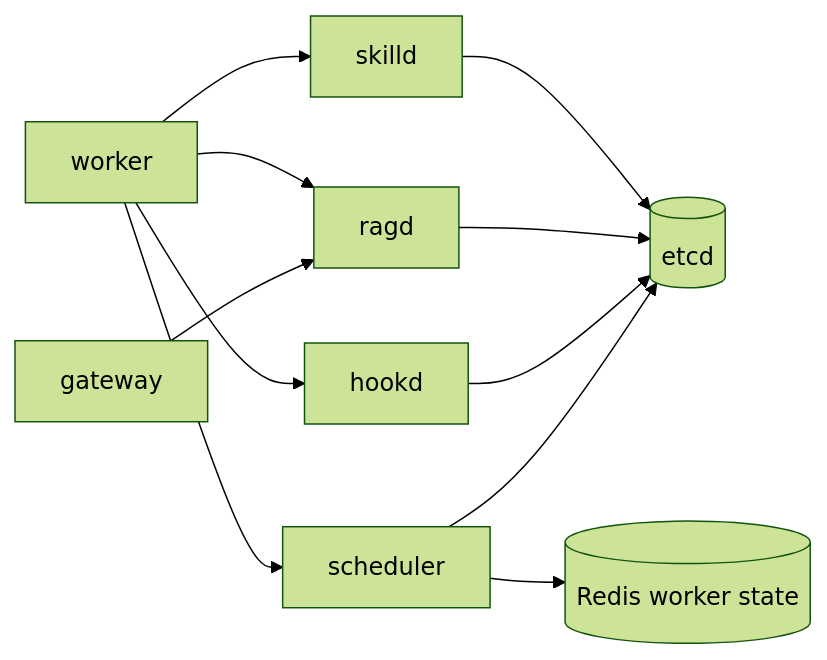
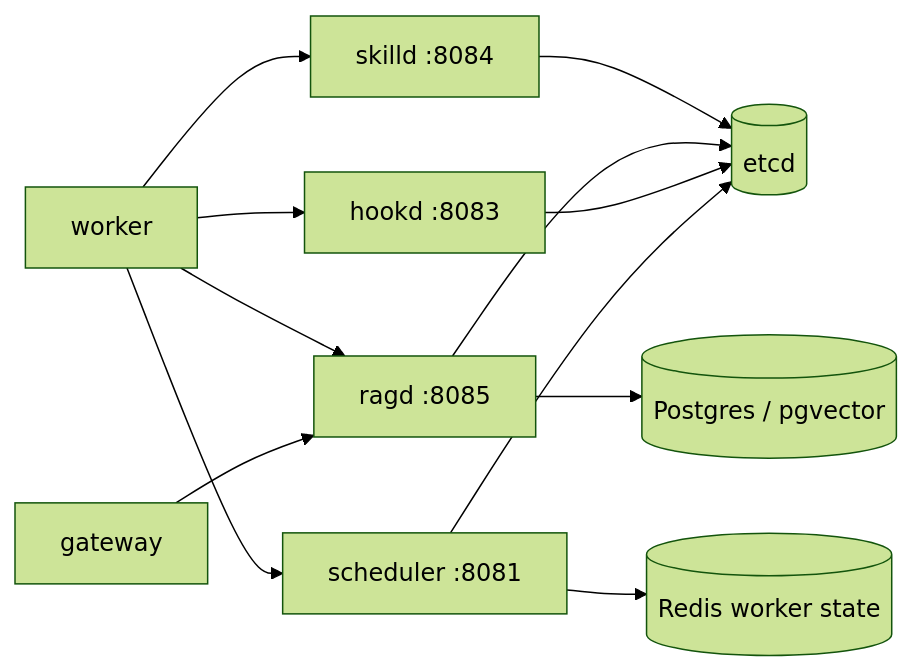
One commit to wzhnbsixsixsix/AI-Agent-Cloud-Runtime changed the fourth of 6 diagrams in docs/ARCHITECTURE.md. Above: the diagram before and after it, drawn with Mermaid (forest theme). The commit also changed other lines of this file and 12 other files, not shown here.

````diff
--- a/docs/ARCHITECTURE.md
+++ b/docs/ARCHITECTURE.md
@@ -57,13 +84,14 @@
 ```mermaid
 flowchart LR
-  Worker[worker] --> Skilld[skilld]
-  Worker --> Ragd[ragd]
-  Worker --> Hookd[hookd]
-  GW[gateway] --> Ragd
-  Skilld --> Etcd[(etcd)]
+  Worker["worker"] --> Skilld["skilld :8084"]
+  Worker --> Ragd["ragd :8085"]
+  Worker --> Hookd["hookd :8083"]
+  GW["gateway"] --> Ragd
+  Worker --> Scheduler["scheduler :8081"]
+  Skilld --> Etcd[("etcd")]
   Ragd --> Etcd
   Hookd --> Etcd
-  Worker --> Scheduler[scheduler]
   Scheduler --> Etcd
-  Scheduler --> Redis[(Redis worker state)]
+  Scheduler --> Redis[("Redis worker state")]
+  Ragd --> PG[("Postgres / pgvector")]
 ```
````
